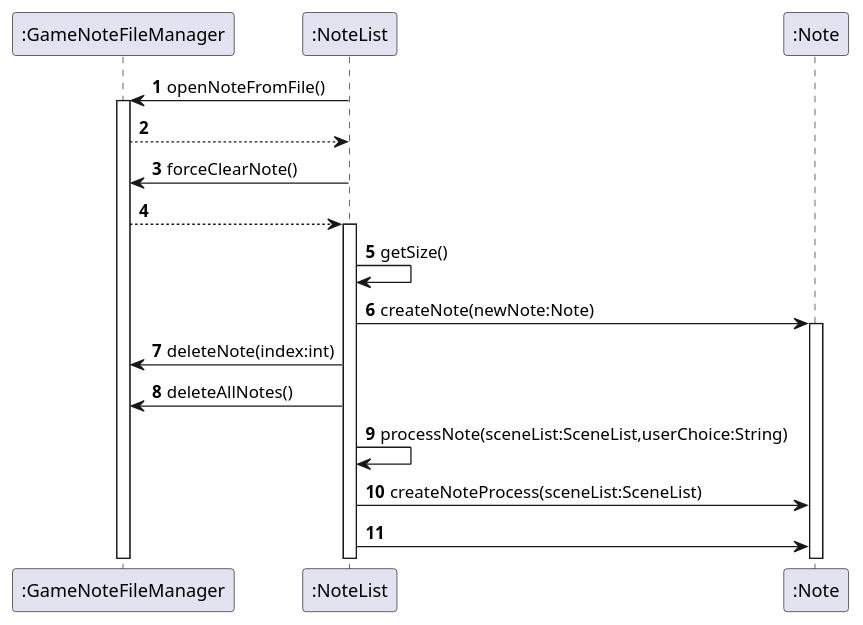
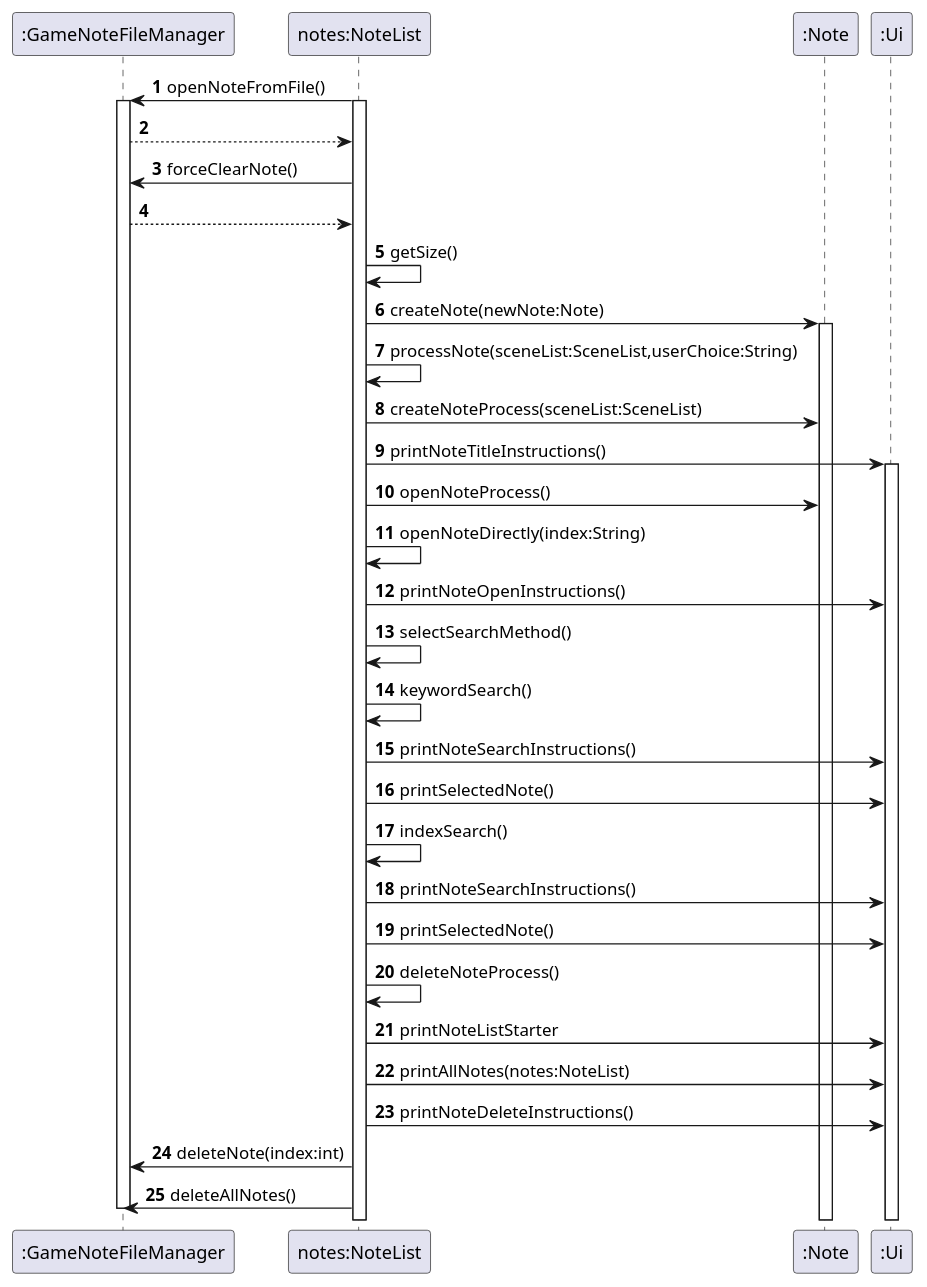
One commit to peng-217/tp changed the diagram in docs/Note_UML.puml. Above: the diagram before and after it, drawn with PlantUML. The commit also changed 2 other files, not shown here.

Commit message:
Update Note UML

```diff
--- a/docs/Note_UML.puml
+++ b/docs/Note_UML.puml
@@ -1,22 +1,38 @@
 @startuml
 'https://plantuml.com/sequence-diagram
 
 autonumber
 
-":GameNoteFileManager"<-":NoteList": openNoteFromFile()
+":GameNoteFileManager"<-"notes:NoteList": openNoteFromFile()
+activate "notes:NoteList"
 activate ":GameNoteFileManager"
-":GameNoteFileManager" --> ":NoteList"
-":GameNoteFileManager"<-":NoteList": forceClearNote()
-":GameNoteFileManager" --> ":NoteList"
-activate ":NoteList"
-":NoteList" -> ":NoteList" :getSize()
-":NoteList" -> ":Note":createNote(newNote:Note)
+":GameNoteFileManager" --> "notes:NoteList"
+":GameNoteFileManager"<-"notes:NoteList": forceClearNote()
+":GameNoteFileManager" --> "notes:NoteList"
+
+"notes:NoteList" -> "notes:NoteList" :getSize()
+"notes:NoteList" -> ":Note":createNote(newNote:Note)
 activate ":Note"
-":NoteList" -> ":GameNoteFileManager":deleteNote(index:int)
-":NoteList" -> ":GameNoteFileManager":deleteAllNotes()
-":NoteList" -> ":NoteList": processNote(sceneList:SceneList,userChoice:String)
-":NoteList"-> ":Note" : createNoteProcess(sceneList:SceneList)
-":NoteList"-> ":Note"
 
-
+"notes:NoteList" -> "notes:NoteList": processNote(sceneList:SceneList,userChoice:String)
+"notes:NoteList"-> ":Note" : createNoteProcess(sceneList:SceneList)
+"notes:NoteList" -> ":Ui" :printNoteTitleInstructions()
+activate ":Ui"
+"notes:NoteList"-> ":Note" : openNoteProcess()
+"notes:NoteList"->"notes:NoteList":openNoteDirectly(index:String)
+"notes:NoteList"-> ":Ui": printNoteOpenInstructions()
+"notes:NoteList"-> "notes:NoteList": selectSearchMethod()
+"notes:NoteList"-> "notes:NoteList":keywordSearch()
+"notes:NoteList" -> ":Ui" :printNoteSearchInstructions()
+"notes:NoteList" -> ":Ui" :printSelectedNote()
+"notes:NoteList"-> "notes:NoteList":indexSearch()
+"notes:NoteList" -> ":Ui" :printNoteSearchInstructions()
+"notes:NoteList" -> ":Ui" :printSelectedNote()
+"notes:NoteList" -> "notes:NoteList": deleteNoteProcess()
+"notes:NoteList"-> ":Ui" :printNoteListStarter
+"notes:NoteList"-> ":Ui" :printAllNotes(notes:NoteList)
+"notes:NoteList"-> ":Ui": printNoteDeleteInstructions()
+"notes:NoteList" -> ":GameNoteFileManager":deleteNote(index:int)
+"notes:NoteList" -> ":GameNoteFileManager":deleteAllNotes()
+deactivate ":GameNoteFileManager"
 @enduml
```
